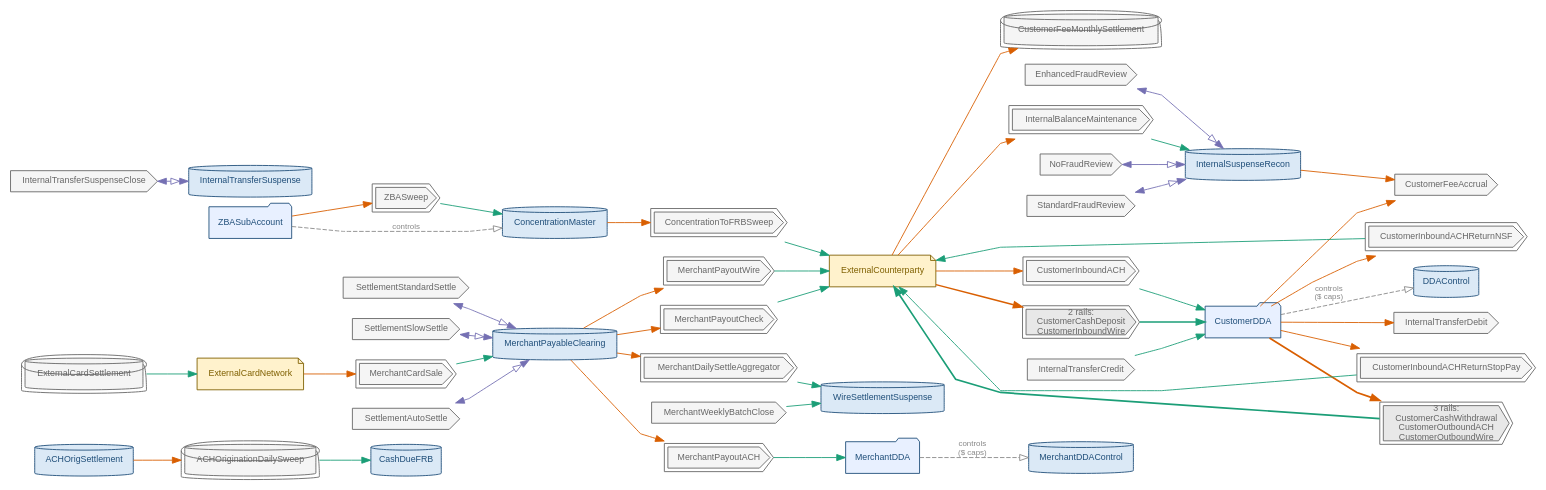
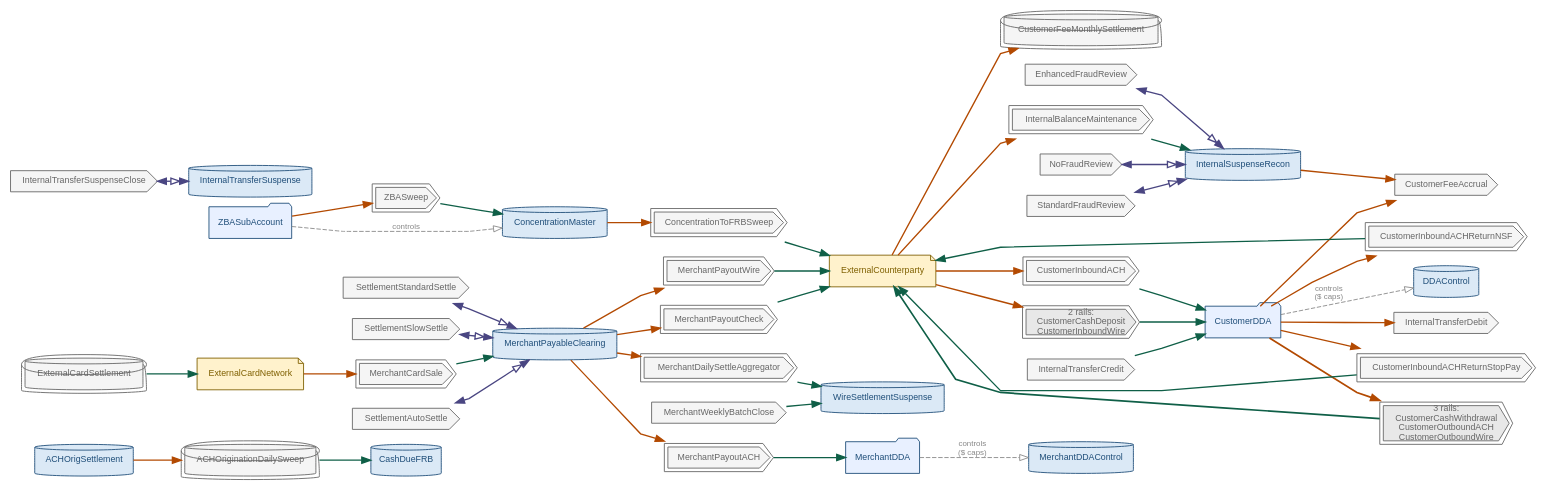
Before and after one commit to chotchki/recon-gen: the diagram in docs/audits/cf_3_diagram_spike/sasquatch_pr_cf3f/l2.dot, drawn with Graphviz. The commit also changed 14 other files, not shown here.

```diff
--- a/docs/audits/cf_3_diagram_spike/sasquatch_pr_cf3f/l2.dot
+++ b/docs/audits/cf_3_diagram_spike/sasquatch_pr_cf3f/l2.dot
@@ -49,48 +49,48 @@
 CustomerCashWithdrawal
 CustomerOutboundACH
 CustomerOutboundWire" color="#666666" fillcolor="#e8e8e8" fontcolor="#666666" peripheries=2 shape=cds style=filled]
-	role__ExternalCounterparty -> rail__CustomerInboundACH [arrowhead=normal color="#d95f02"]
-	rail__CustomerInboundACH -> role__CustomerDDA [arrowhead=normal color="#1b9e77"]
-	role__CustomerDDA -> rail__InternalTransferDebit [arrowhead=normal color="#d95f02"]
-	rail__InternalTransferCredit -> role__CustomerDDA [arrowhead=normal color="#1b9e77"]
-	rail__InternalTransferSuspenseClose -> role__InternalTransferSuspense [arrowhead=normalonormal color="#7570b3" dir=both]
-	role__CustomerDDA -> rail__CustomerFeeAccrual [arrowhead=normal color="#d95f02"]
-	role__InternalSuspenseRecon -> rail__CustomerFeeAccrual [arrowhead=normal color="#d95f02"]
-	role__ZBASubAccount -> rail__ZBASweep [arrowhead=normal color="#d95f02"]
-	rail__ZBASweep -> role__ConcentrationMaster [arrowhead=normal color="#1b9e77"]
-	role__ConcentrationMaster -> rail__ConcentrationToFRBSweep [arrowhead=normal color="#d95f02"]
-	rail__ConcentrationToFRBSweep -> role__ExternalCounterparty [arrowhead=normal color="#1b9e77"]
-	role__ACHOrigSettlement -> rail__ACHOriginationDailySweep [arrowhead=normal color="#d95f02"]
-	rail__ACHOriginationDailySweep -> role__CashDueFRB [arrowhead=normal color="#1b9e77"]
-	role__ExternalCounterparty -> rail__CustomerFeeMonthlySettlement [arrowhead=normal color="#d95f02"]
-	role__ExternalCounterparty -> rail__InternalBalanceMaintenance [arrowhead=normal color="#d95f02"]
-	rail__InternalBalanceMaintenance -> role__InternalSuspenseRecon [arrowhead=normal color="#1b9e77"]
-	role__CustomerDDA -> rail__CustomerInboundACHReturnNSF [arrowhead=normal color="#d95f02"]
-	rail__CustomerInboundACHReturnNSF -> role__ExternalCounterparty [arrowhead=normal color="#1b9e77"]
-	role__CustomerDDA -> rail__CustomerInboundACHReturnStopPay [arrowhead=normal color="#d95f02"]
-	rail__CustomerInboundACHReturnStopPay -> role__ExternalCounterparty [arrowhead=normal color="#1b9e77"]
-	role__ExternalCardNetwork -> rail__MerchantCardSale [arrowhead=normal color="#d95f02"]
-	rail__MerchantCardSale -> role__MerchantPayableClearing [arrowhead=normal color="#1b9e77"]
-	role__MerchantPayableClearing -> rail__MerchantPayoutACH [arrowhead=normal color="#d95f02"]
-	rail__MerchantPayoutACH -> role__MerchantDDA [arrowhead=normal color="#1b9e77"]
-	role__MerchantPayableClearing -> rail__MerchantPayoutWire [arrowhead=normal color="#d95f02"]
-	rail__MerchantPayoutWire -> role__ExternalCounterparty [arrowhead=normal color="#1b9e77"]
-	role__MerchantPayableClearing -> rail__MerchantPayoutCheck [arrowhead=normal color="#d95f02"]
-	rail__MerchantPayoutCheck -> role__ExternalCounterparty [arrowhead=normal color="#1b9e77"]
-	rail__ExternalCardSettlement -> role__ExternalCardNetwork [arrowhead=normal color="#1b9e77"]
-	rail__SettlementAutoSettle -> role__MerchantPayableClearing [arrowhead=normalonormal color="#7570b3" dir=both]
-	rail__SettlementStandardSettle -> role__MerchantPayableClearing [arrowhead=normalonormal color="#7570b3" dir=both]
-	rail__SettlementSlowSettle -> role__MerchantPayableClearing [arrowhead=normalonormal color="#7570b3" dir=both]
-	rail__NoFraudReview -> role__InternalSuspenseRecon [arrowhead=normalonormal color="#7570b3" dir=both]
-	rail__StandardFraudReview -> role__InternalSuspenseRecon [arrowhead=normalonormal color="#7570b3" dir=both]
-	rail__EnhancedFraudReview -> role__InternalSuspenseRecon [arrowhead=normalonormal color="#7570b3" dir=both]
-	role__MerchantPayableClearing -> rail__MerchantDailySettleAggregator [arrowhead=normal color="#d95f02"]
-	rail__MerchantDailySettleAggregator -> role__WireSettlementSuspense [arrowhead=normal color="#1b9e77"]
-	rail__MerchantWeeklyBatchClose -> role__WireSettlementSuspense [arrowhead=normal color="#1b9e77"]
-	role__ExternalCounterparty -> rail__bundle_0 [arrowhead=normal color="#d95f02" penwidth=1.6]
-	rail__bundle_0 -> role__CustomerDDA [arrowhead=normal color="#1b9e77" penwidth=1.6]
-	role__CustomerDDA -> rail__bundle_1 [arrowhead=normal color="#d95f02" penwidth=1.9]
-	rail__bundle_1 -> role__ExternalCounterparty [arrowhead=normal color="#1b9e77" penwidth=1.9]
+	role__ExternalCounterparty -> rail__CustomerInboundACH [arrowhead=normal color="#b34a02" penwidth=1.5]
+	rail__CustomerInboundACH -> role__CustomerDDA [arrowhead=normal color="#0f5f47" penwidth=1.5]
+	role__CustomerDDA -> rail__InternalTransferDebit [arrowhead=normal color="#b34a02" penwidth=1.5]
+	rail__InternalTransferCredit -> role__CustomerDDA [arrowhead=normal color="#0f5f47" penwidth=1.5]
+	rail__InternalTransferSuspenseClose -> role__InternalTransferSuspense [arrowhead=normalonormal color="#4a4682" dir=both penwidth=1.5]
+	role__CustomerDDA -> rail__CustomerFeeAccrual [arrowhead=normal color="#b34a02" penwidth=1.5]
+	role__InternalSuspenseRecon -> rail__CustomerFeeAccrual [arrowhead=normal color="#b34a02" penwidth=1.5]
+	role__ZBASubAccount -> rail__ZBASweep [arrowhead=normal color="#b34a02" penwidth=1.5]
+	rail__ZBASweep -> role__ConcentrationMaster [arrowhead=normal color="#0f5f47" penwidth=1.5]
+	role__ConcentrationMaster -> rail__ConcentrationToFRBSweep [arrowhead=normal color="#b34a02" penwidth=1.5]
+	rail__ConcentrationToFRBSweep -> role__ExternalCounterparty [arrowhead=normal color="#0f5f47" penwidth=1.5]
+	role__ACHOrigSettlement -> rail__ACHOriginationDailySweep [arrowhead=normal color="#b34a02" penwidth=1.5]
+	rail__ACHOriginationDailySweep -> role__CashDueFRB [arrowhead=normal color="#0f5f47" penwidth=1.5]
+	role__ExternalCounterparty -> rail__CustomerFeeMonthlySettlement [arrowhead=normal color="#b34a02" penwidth=1.5]
+	role__ExternalCounterparty -> rail__InternalBalanceMaintenance [arrowhead=normal color="#b34a02" penwidth=1.5]
+	rail__InternalBalanceMaintenance -> role__InternalSuspenseRecon [arrowhead=normal color="#0f5f47" penwidth=1.5]
+	role__CustomerDDA -> rail__CustomerInboundACHReturnNSF [arrowhead=normal color="#b34a02" penwidth=1.5]
+	rail__CustomerInboundACHReturnNSF -> role__ExternalCounterparty [arrowhead=normal color="#0f5f47" penwidth=1.5]
+	role__CustomerDDA -> rail__CustomerInboundACHReturnStopPay [arrowhead=normal color="#b34a02" penwidth=1.5]
+	rail__CustomerInboundACHReturnStopPay -> role__ExternalCounterparty [arrowhead=normal color="#0f5f47" penwidth=1.5]
+	role__ExternalCardNetwork -> rail__MerchantCardSale [arrowhead=normal color="#b34a02" penwidth=1.5]
+	rail__MerchantCardSale -> role__MerchantPayableClearing [arrowhead=normal color="#0f5f47" penwidth=1.5]
+	role__MerchantPayableClearing -> rail__MerchantPayoutACH [arrowhead=normal color="#b34a02" penwidth=1.5]
+	rail__MerchantPayoutACH -> role__MerchantDDA [arrowhead=normal color="#0f5f47" penwidth=1.5]
+	role__MerchantPayableClearing -> rail__MerchantPayoutWire [arrowhead=normal color="#b34a02" penwidth=1.5]
+	rail__MerchantPayoutWire -> role__ExternalCounterparty [arrowhead=normal color="#0f5f47" penwidth=1.5]
+	role__MerchantPayableClearing -> rail__MerchantPayoutCheck [arrowhead=normal color="#b34a02" penwidth=1.5]
+	rail__MerchantPayoutCheck -> role__ExternalCounterparty [arrowhead=normal color="#0f5f47" penwidth=1.5]
+	rail__ExternalCardSettlement -> role__ExternalCardNetwork [arrowhead=normal color="#0f5f47" penwidth=1.5]
+	rail__SettlementAutoSettle -> role__MerchantPayableClearing [arrowhead=normalonormal color="#4a4682" dir=both penwidth=1.5]
+	rail__SettlementStandardSettle -> role__MerchantPayableClearing [arrowhead=normalonormal color="#4a4682" dir=both penwidth=1.5]
+	rail__SettlementSlowSettle -> role__MerchantPayableClearing [arrowhead=normalonormal color="#4a4682" dir=both penwidth=1.5]
+	rail__NoFraudReview -> role__InternalSuspenseRecon [arrowhead=normalonormal color="#4a4682" dir=both penwidth=1.5]
+	rail__StandardFraudReview -> role__InternalSuspenseRecon [arrowhead=normalonormal color="#4a4682" dir=both penwidth=1.5]
+	rail__EnhancedFraudReview -> role__InternalSuspenseRecon [arrowhead=normalonormal color="#4a4682" dir=both penwidth=1.5]
+	role__MerchantPayableClearing -> rail__MerchantDailySettleAggregator [arrowhead=normal color="#b34a02" penwidth=1.5]
+	rail__MerchantDailySettleAggregator -> role__WireSettlementSuspense [arrowhead=normal color="#0f5f47" penwidth=1.5]
+	rail__MerchantWeeklyBatchClose -> role__WireSettlementSuspense [arrowhead=normal color="#0f5f47" penwidth=1.5]
+	role__ExternalCounterparty -> rail__bundle_0 [arrowhead=normal color="#b34a02" penwidth=1.6]
+	rail__bundle_0 -> role__CustomerDDA [arrowhead=normal color="#0f5f47" penwidth=1.6]
+	role__CustomerDDA -> rail__bundle_1 [arrowhead=normal color="#b34a02" penwidth=1.9]
+	rail__bundle_1 -> role__ExternalCounterparty [arrowhead=normal color="#0f5f47" penwidth=1.9]
 	role__CustomerDDA -> role__DDAControl [label="controls
 ($ caps)" arrowhead=onormal color="#888888" fontcolor="#888888" style=dashed]
 	role__MerchantDDA -> role__MerchantDDAControl [label="controls
```
